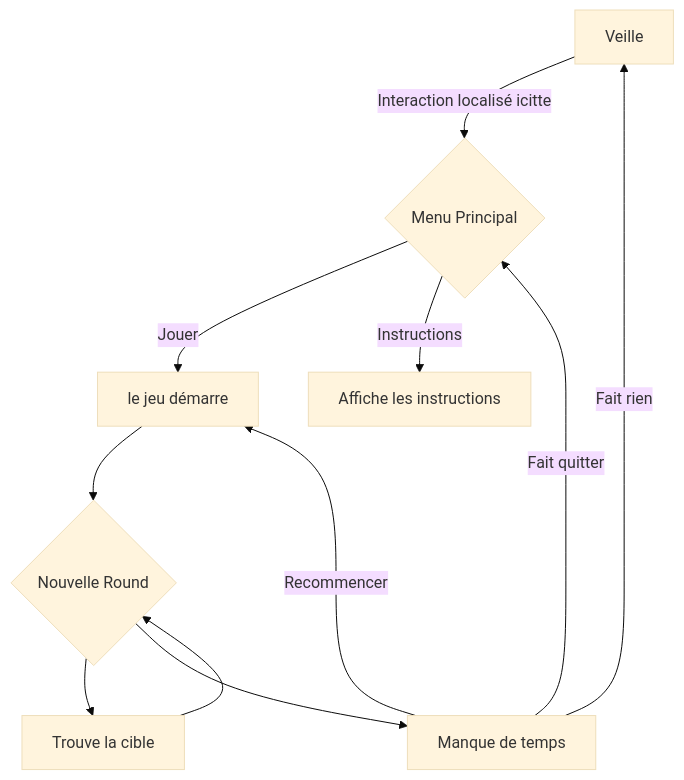
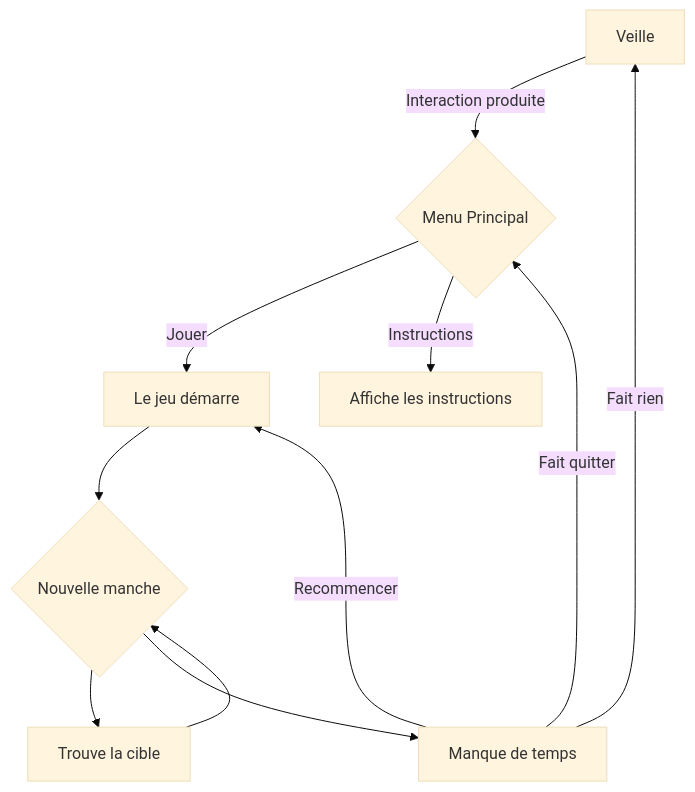
One commit to Marexillius/gestionMultimedia2 changed the diagram in README.md. Above: the diagram before and after it, drawn with Mermaid (base theme).

Commit message:
rephrased some things in flow chart

````diff
--- a/README.md
+++ b/README.md
@@ -2,13 +2,13 @@
 ```mermaid
 flowchart TD
-    A[Veille] -->|Interaction localisé icitte| B{Menu Principal}
-    B -->|Jouer| D[le jeu démarre]
+    A[Veille] -->|Interaction produite| B{Menu Principal}
+    B -->|Jouer| D[Le jeu démarre]
     B -->|Instructions| E[Affiche les instructions]
-    D --> F{Nouvelle Round}
+    D --> F{Nouvelle manche}
     F --> G[Trouve la cible]
     F --> H[Manque de temps]
     G --> F
     H -->|Fait quitter| B
     H -->|Fait rien| A
     H -->|Recommencer| D
 ```
````
